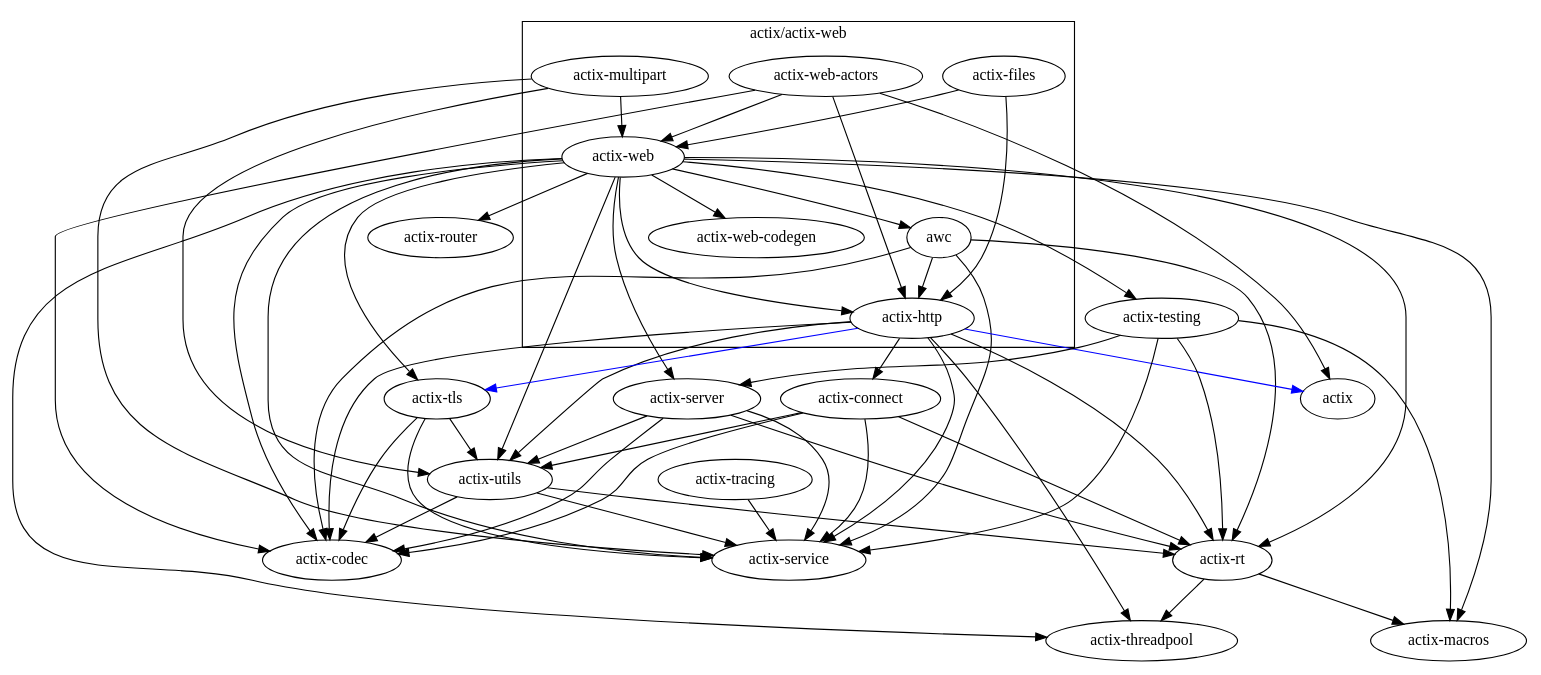
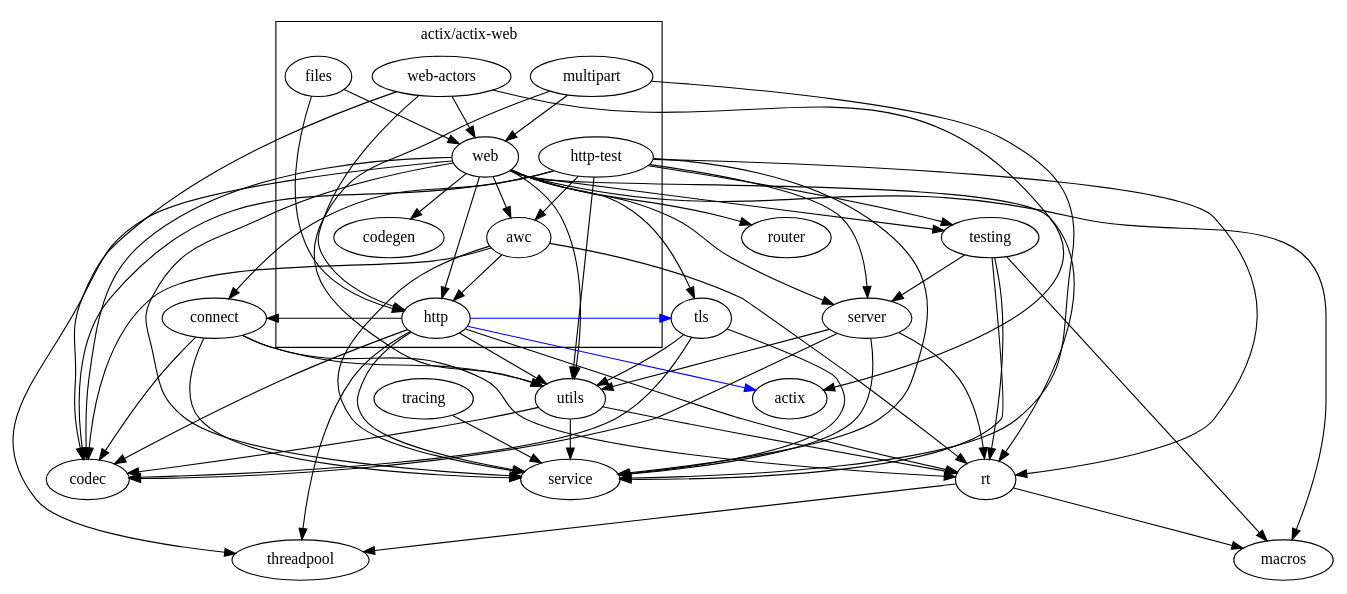
Before and after one commit to Cherry-Pooh/actix-web: the diagram in docs/graphs/web-focus.dot, drawn with Graphviz. The commit also changed 1 other file, not shown here.

```diff
--- a/docs/graphs/web-focus.dot
+++ b/docs/graphs/web-focus.dot
@@ -1,30 +1,32 @@
 digraph {
     subgraph cluster_web {
         label="actix/actix-web"
         "awc"
-        "actix-web"
-        "actix-files"
-        "actix-http"
-        "actix-multipart"
-        "actix-web-actors"
-        "actix-web-codegen"
+        "web"
+        "files"
+        "http"
+        "multipart"
+        "web-actors"
+        "codegen"
+        "http-test"
     }
 
-    "actix-web" -> { "actix-codec" "actix-service" "actix-utils" "actix-router" "actix-rt" "actix-server" "actix-testing" "actix-macros" "actix-threadpool" "actix-tls" "actix-web-codegen" "actix-http" "awc" }
-    "awc" -> { "actix-codec" "actix-service" "actix-http" "actix-rt" }
-    "actix-web-actors" -> { "actix" "actix-web" "actix-http" "actix-codec" }
-    "actix-multipart" -> { "actix-web" "actix-service" "actix-utils" }
-    "actix-http" -> { "actix-service" "actix-codec" "actix-connect" "actix-utils" "actix-rt" "actix-threadpool" }
-    "actix-http" -> { "actix" "actix-tls" }[color=blue] // optional
-    "actix-files" -> { "actix-web" "actix-http" }
+    "web" -> { "codec" "service" "utils" "router" "rt" "server" "testing" "macros" "threadpool" "tls" "codegen" "http" "awc" }
+    "awc" -> { "codec" "service" "http" "rt" }
+    "web-actors" -> { "actix" "web" "http" "codec" }
+    "multipart" -> { "web" "service" "utils" }
+    "http" -> { "service" "codec" "connect" "utils" "rt" "threadpool" }
+    "http" -> { "actix" "tls" }[color=blue] // optional
+    "files" -> { "web" "http" }
+    "http-test" -> { "service" "codec" "connect" "utils" "rt" "server" "testing" "awc" }
 
     // net
 
-    "actix-utils" -> { "actix-service" "actix-rt" "actix-codec" }
-    "actix-tracing" -> { "actix-service" }
-    "actix-tls" -> { "actix-service" "actix-codec" "actix-utils" }
-    "actix-testing" -> { "actix-rt" "actix-macros" "actix-server" "actix-service" }
-    "actix-server" -> { "actix-service" "actix-rt" "actix-codec" "actix-utils" }
-    "actix-rt" -> { "actix-macros" "actix-threadpool" }
-    "actix-connect" -> { "actix-service" "actix-codec" "actix-utils" "actix-rt" }
+    "utils" -> { "service" "rt" "codec" }
+    "tracing" -> { "service" }
+    "tls" -> { "service" "codec" "utils" }
+    "testing" -> { "rt" "macros" "server" "service" }
+    "server" -> { "service" "rt" "codec" "utils" }
+    "rt" -> { "macros" "threadpool" }
+    "connect" -> { "service" "codec" "utils" "rt" }
 }
```
